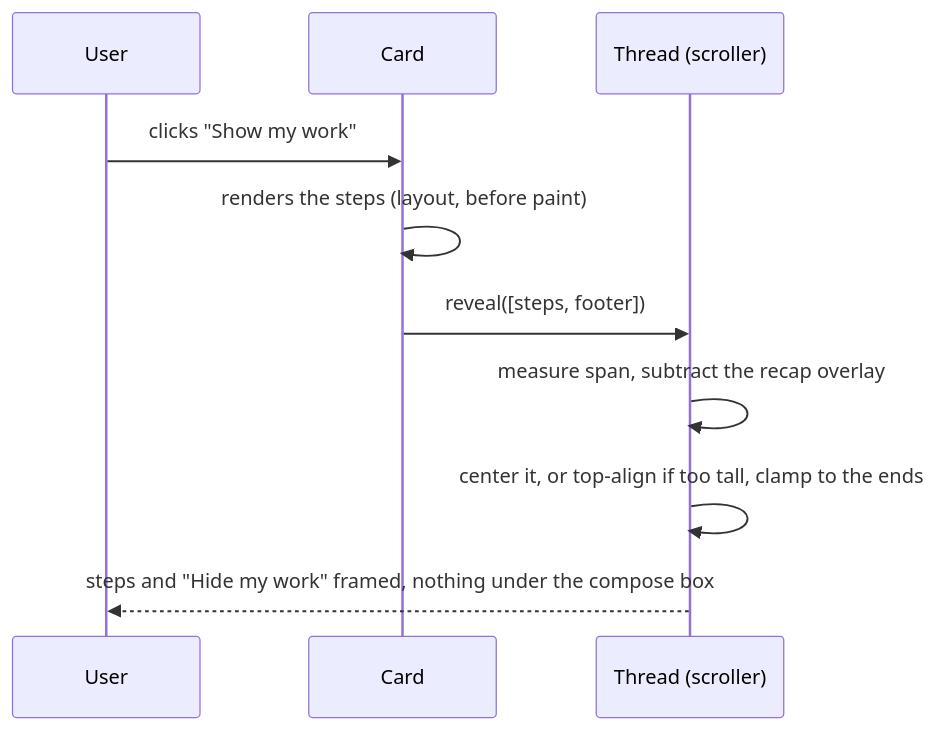
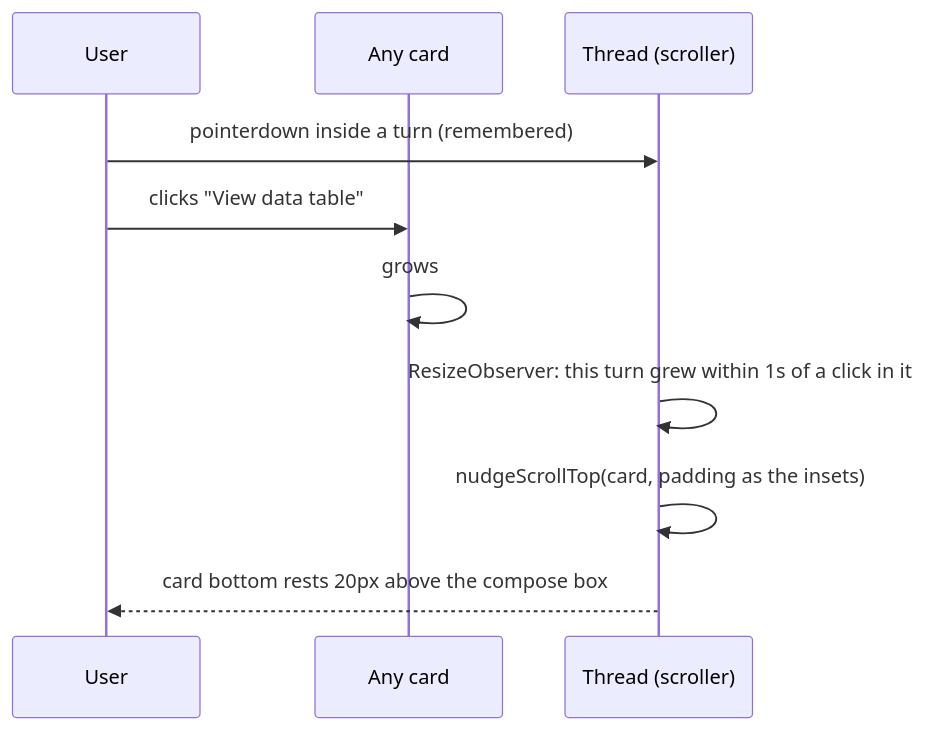
Before and after one commit to mite404/yaklabs: the fourth of 5 diagrams in docs/FOR_ETHAN.md, drawn with Mermaid. The commit also changed other lines of this file and 1 other file, not shown here.

First line of the commit message:
docs: add the resting-gap pillar and log the reveal and Needs you changes

````diff
--- a/docs/FOR_ETHAN.md
+++ b/docs/FOR_ETHAN.md
@@ -213,12 +217,12 @@
 ```mermaid
 sequenceDiagram
   participant U as User
-  participant C as Card
+  participant C as Any card
   participant T as Thread (scroller)
-  U->>C: clicks "Show my work"
-  C->>C: renders the steps (layout, before paint)
-  C->>T: reveal([steps, footer])
-  T->>T: measure span, subtract the recap overlay
-  T->>T: center it, or top-align if too tall, clamp to the ends
-  T-->>U: steps and "Hide my work" framed, nothing under the compose box
+  U->>T: pointerdown inside a turn (remembered)
+  U->>C: clicks "View data table"
+  C->>C: grows
+  T->>T: ResizeObserver: this turn grew within 1s of a click in it
+  T->>T: nudgeScrollTop(card, padding as the insets)
+  T-->>U: card bottom rests 20px above the compose box
 ```
````
